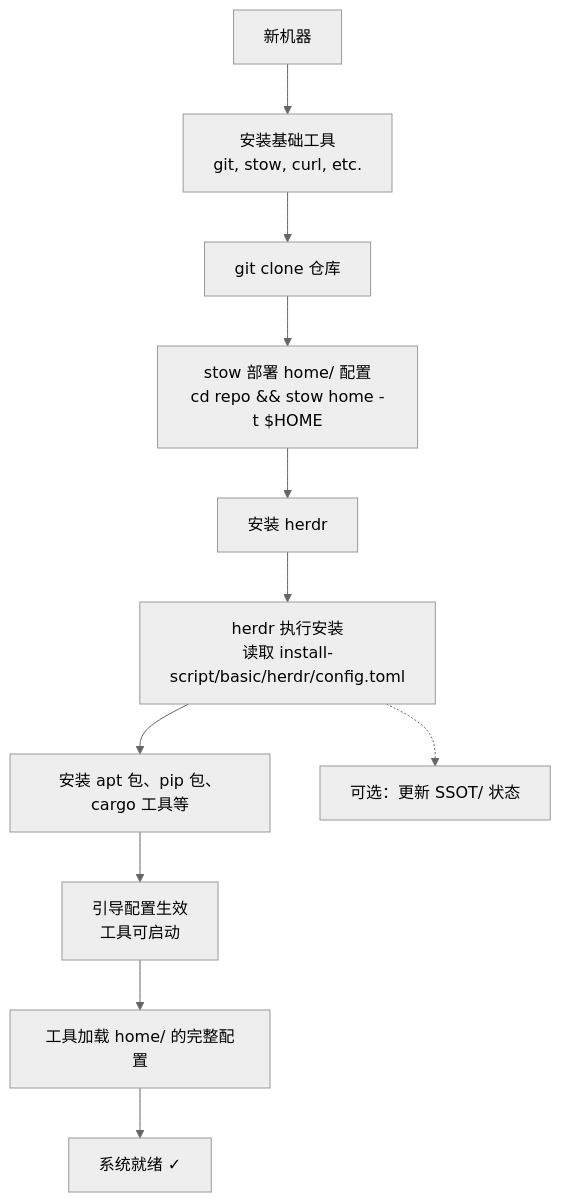
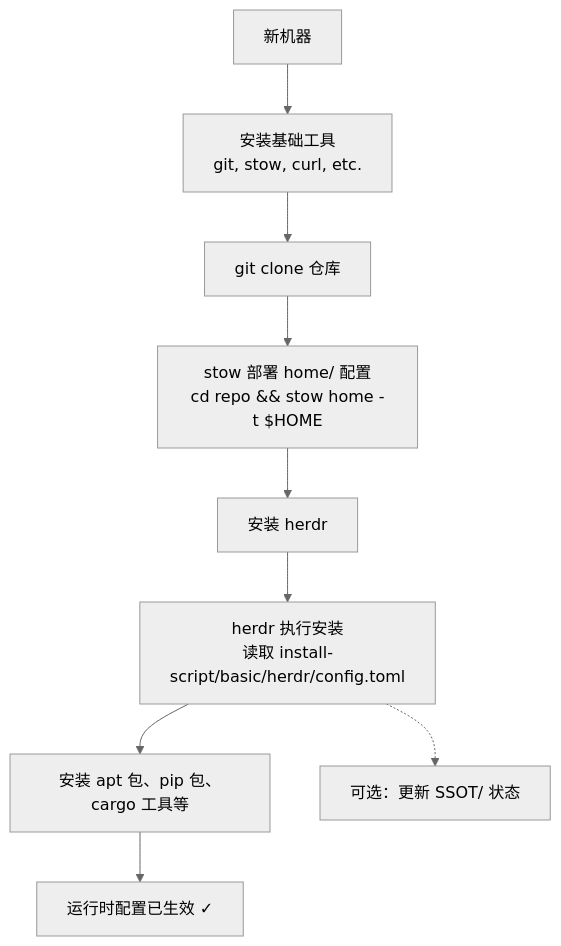
One commit to huangpufan/hpf_Linux_Config changed the diagram in ARCHITECTURE.md. Above: the diagram before and after it, drawn with Mermaid (neutral theme). The commit also changed other lines of this file and 2 other files, not shown here.

First line of the commit message:
docs: add stow workflow to README and ARCHITECTURE

````diff
--- a/ARCHITECTURE.md
+++ b/ARCHITECTURE.md
@@ -136,14 +122,12 @@
 ```mermaid
 flowchart TD
     A[新机器] --> B[安装基础工具<br/>git, stow, curl, etc.]
     B --> C[git clone 仓库]
     C --> D[stow 部署 home/ 配置<br/>cd repo && stow home -t $HOME]
     D --> E[安装 herdr]
     E --> F[herdr 执行安装<br/>读取 install-script/basic/herdr/config.toml]
     F --> G[安装 apt 包、pip 包、cargo 工具等]
-    G --> H[引导配置生效<br/>工具可启动]
-    H --> I[工具加载 home/ 的完整配置]
-    I --> J[系统就绪 ✓]
+    G --> H[运行时配置已生效 ✓]
     
     F -.-> K[可选：更新 SSOT/ 状态]
 ```
````
